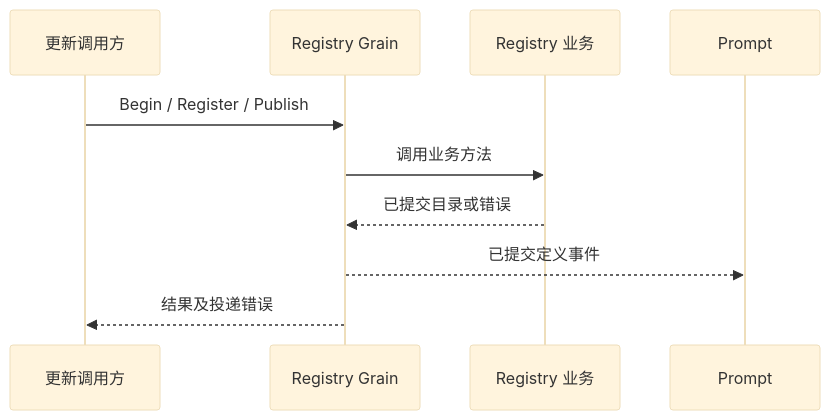
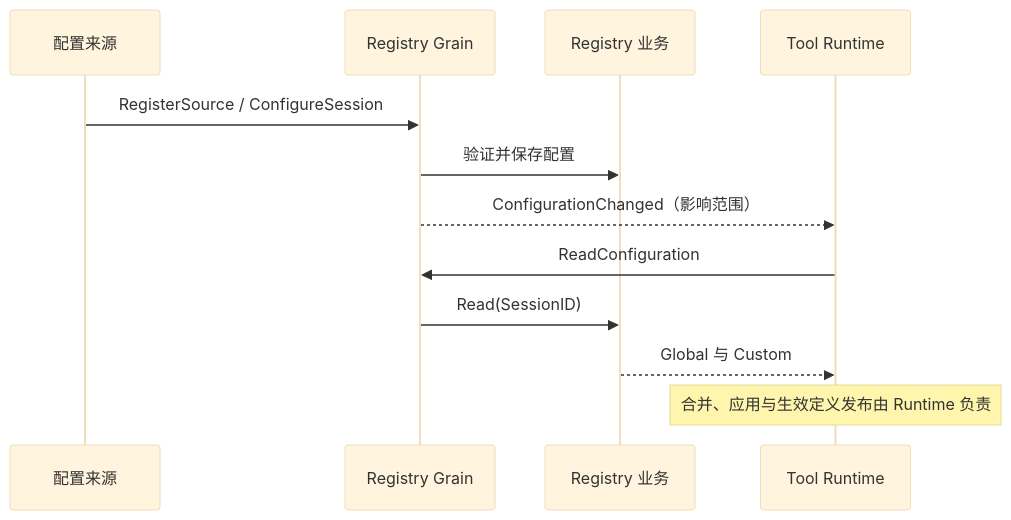
The diagram in tools/registry/README.zh-CN.md (gorenx/goren), drawn with Mermaid (base theme) before and after one commit. The commit also changed other lines of this file and 6 other files, not shown here.

Commit message:
docs(actor): record tool configuration ownership and migration progress

````diff
--- a/tools/registry/README.zh-CN.md
+++ b/tools/registry/README.zh-CN.md
@@ -13,12 +17,14 @@
 ```mermaid
 sequenceDiagram
-    participant Caller as 更新调用方
-    participant Grain as Registry Grain
-    participant Registry as Registry 业务
-    participant Prompt as Prompt
-    Caller->>Grain: Begin / Register / Publish
-    Grain->>Registry: 调用业务方法
-    Registry-->>Grain: 已提交目录或错误
-    Grain-->>Prompt: 已提交定义事件
-    Grain-->>Caller: 结果及投递错误
+    participant C as 配置来源
+    participant A as Registry Grain
+    participant R as Registry 业务
+    participant T as Tool Runtime
+    C->>A: RegisterSource / ConfigureSession
+    A->>R: 验证并保存配置
+    A-->>T: ConfigurationChanged（影响范围）
+    T->>A: ReadConfiguration
+    A->>R: Read(SessionID)
+    R-->>T: Global 与 Custom
+    Note over T: 合并、应用与生效定义发布由 Runtime 负责
 ```
````
